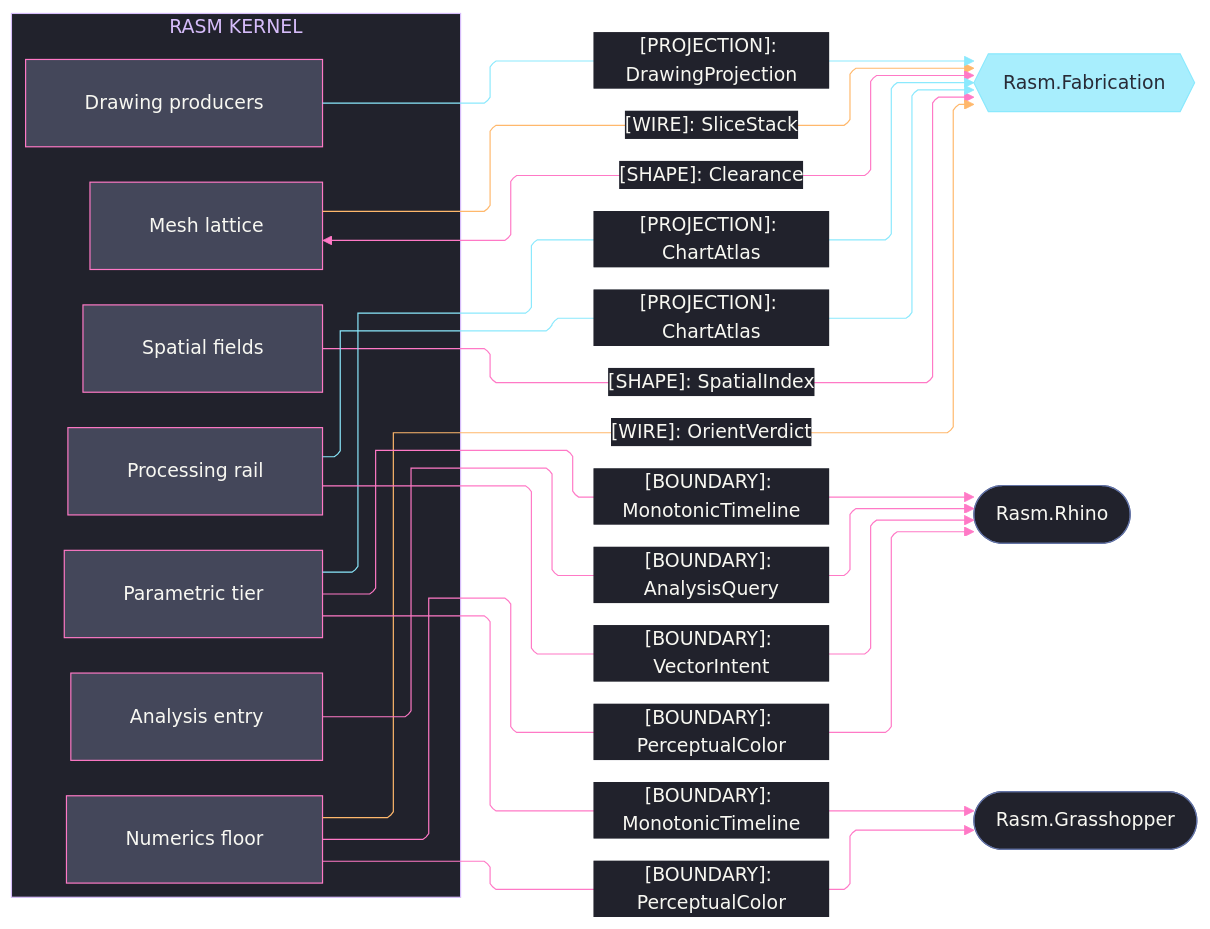
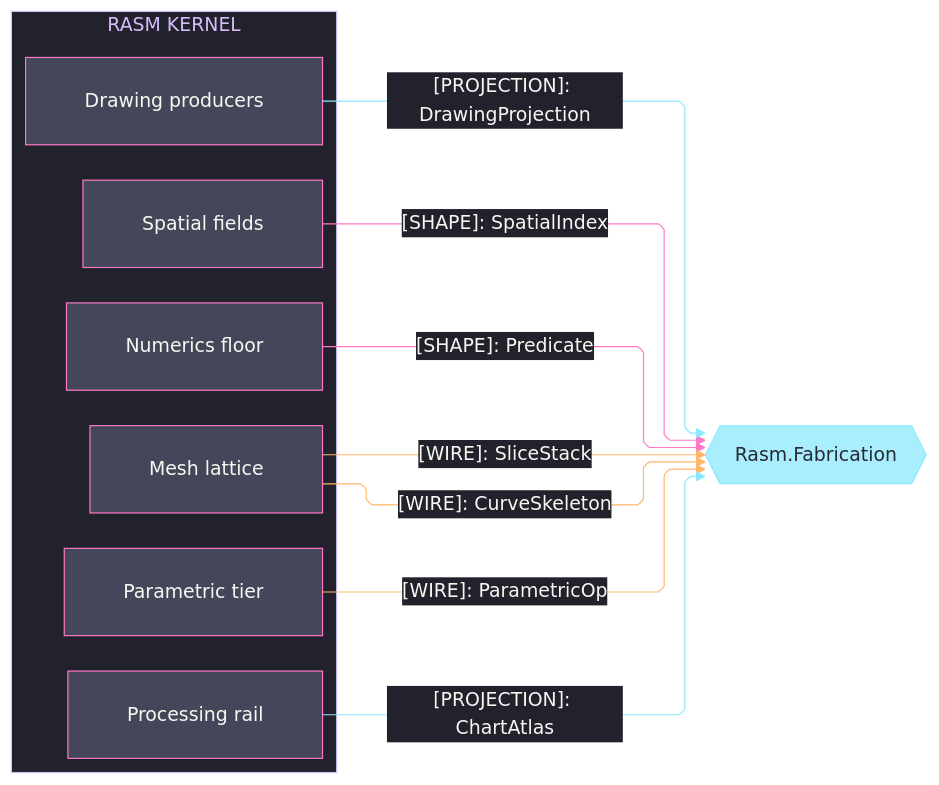
Before and after one commit to bsamiee/Rasm: the third of 4 diagrams in libs/csharp/Rasm/ARCHITECTURE.md, drawn with Mermaid. The commit also changed other lines of this file and 24 other files, not shown here.

Commit message:
architecture: seam registries + codemaps aligned across the estate (worker fabric edges, scene rows, csharp/ts seam mirrors)

````diff
--- a/libs/csharp/Rasm/ARCHITECTURE.md
+++ b/libs/csharp/Rasm/ARCHITECTURE.md
@@ -158,68 +240,57 @@
 ```mermaid
 ---
 config:
   theme: base
   look: classic
   layout: elk
   flowchart:
     curve: linear
     padding: 25
   themeVariables:
     darkMode: true
     fontFamily: "SF Mono, Menlo, Cascadia Mono, Segoe UI Mono, Consolas, monospace"
     useGradient: false
     dropShadow: "none"
     background: "#282A36"
     primaryColor: "#44475A"
     primaryTextColor: "#F8F8F2"
     primaryBorderColor: "#BD93F9"
     lineColor: "#FF79C6"
     textColor: "#F8F8F2"
     clusterBkg: "#21222C"
     clusterBorder: "#D6BCFA"
     edgeLabelBackground: "#21222C"
     labelBackgroundColor: "#21222C"
     titleColor: "#D6BCFA"
   themeCSS: ".nodeLabel{font-size:13px;font-weight:500}.edgeLabel{font-size:12px;font-weight:500}.cluster-label .nodeLabel{font-size:13.5px;font-weight:700;letter-spacing:.08em}.edge-thickness-normal{stroke-width:2px}.edge-thickness-thick{stroke-width:3px}.edge-pattern-dashed,.edge-pattern-dotted{stroke-width:1.5px;stroke-dasharray:4 6}.node rect,.node circle,.node polygon,.node path,.node .outer-path{stroke-width:1.5px;filter:none!important}.cluster rect{stroke-width:1px!important;stroke-dasharray:5 4!important;filter:none!important}.marker path{transform:scale(.8);transform-origin:5px 5px}.marker circle{transform:scale(.48);transform-origin:5px 5px}.edgeLabel rect{transform-box:fill-box;transform-origin:center;transform:scale(1.1,1.2)}"
 ---
 flowchart LR
-    accTitle: Kernel fabrication and host-UI boundary seams
-    accDescr: Kernel sub-domain owners projecting fabrication shapes and host-UI boundary contracts to fabrication, Rhino, and Grasshopper, edge rails colored by kind and nodes classed by seam direction.
+    accTitle: Kernel fabrication seams
+    accDescr: Kernel sub-domain owners projecting index, predicate, slice, skeleton, parametric-op, atlas, and drawing shapes to the fabrication peer, edge rails colored by kind and nodes classed by seam direction.
     subgraph rasm[RASM KERNEL]
         Spatial[Spatial fields]
         Numerics[Numerics floor]
         Meshing[Mesh lattice]
         Parametric[Parametric tier]
         Processing[Processing rail]
         Drawing[Drawing producers]
-        Analysis[Analysis entry]
     end
     Fabrication{{Rasm.Fabrication}}
-    Rhino([Rasm.Rhino])
-    Grasshopper([Rasm.Grasshopper])
     Spatial e1@-->|"[SHAPE]: SpatialIndex"| Fabrication
-    Numerics e2@-->|"[WIRE]: OrientVerdict"| Fabrication
+    Numerics e2@-->|"[SHAPE]: Predicate"| Fabrication
     Meshing e3@-->|"[WIRE]: SliceStack"| Fabrication
-    Meshing e4@<-->|"[SHAPE]: Clearance"| Fabrication
-    Parametric e5@-->|"[PROJECTION]: ChartAtlas"| Fabrication
+    Meshing e4@-->|"[WIRE]: CurveSkeleton"| Fabrication
+    Parametric e5@-->|"[WIRE]: ParametricOp"| Fabrication
     Processing e6@-->|"[PROJECTION]: ChartAtlas"| Fabrication
     Drawing e7@-->|"[PROJECTION]: DrawingProjection"| Fabrication
-    Numerics e8@-->|"[BOUNDARY]: PerceptualColor"| Rhino
-    Numerics e9@-->|"[BOUNDARY]: PerceptualColor"| Grasshopper
-    Parametric e10@-->|"[BOUNDARY]: MonotonicTimeline"| Rhino
-    Parametric e11@-->|"[BOUNDARY]: MonotonicTimeline"| Grasshopper
-    Processing e12@-->|"[BOUNDARY]: VectorIntent"| Rhino
-    Analysis e13@-->|"[BOUNDARY]: AnalysisQuery"| Rhino
     classDef primary fill:#44475A,stroke:#FF79C6,color:#F8F8F2
     classDef external fill:#8BE9FDBF,stroke:#8BE9FD,color:#282A36
-    classDef annotation fill:#21222C,stroke:#6272A4,color:#F8F8F2
     classDef edgeData stroke:#FFB86C,color:#F8F8F2
     classDef edgeControl stroke:#FF79C6,color:#F8F8F2
     classDef edgeExternal stroke:#8BE9FD,color:#F8F8F2
-    class Spatial,Numerics,Meshing,Parametric,Processing,Drawing,Analysis primary
+    class Spatial,Numerics,Meshing,Parametric,Processing,Drawing primary
     class Fabrication external
-    class Rhino,Grasshopper annotation
-    class e2,e3 edgeData
-    class e1,e4,e8,e9,e10,e11,e12,e13 edgeControl
-    class e5,e6,e7 edgeExternal
+    class e3,e4,e5 edgeData
+    class e1,e2 edgeControl
+    class e6,e7 edgeExternal
 ```
````
